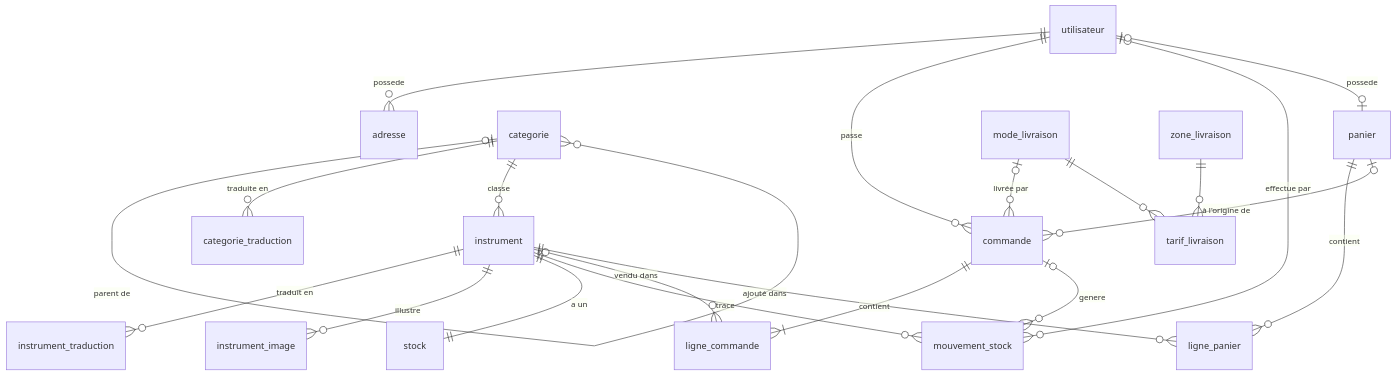
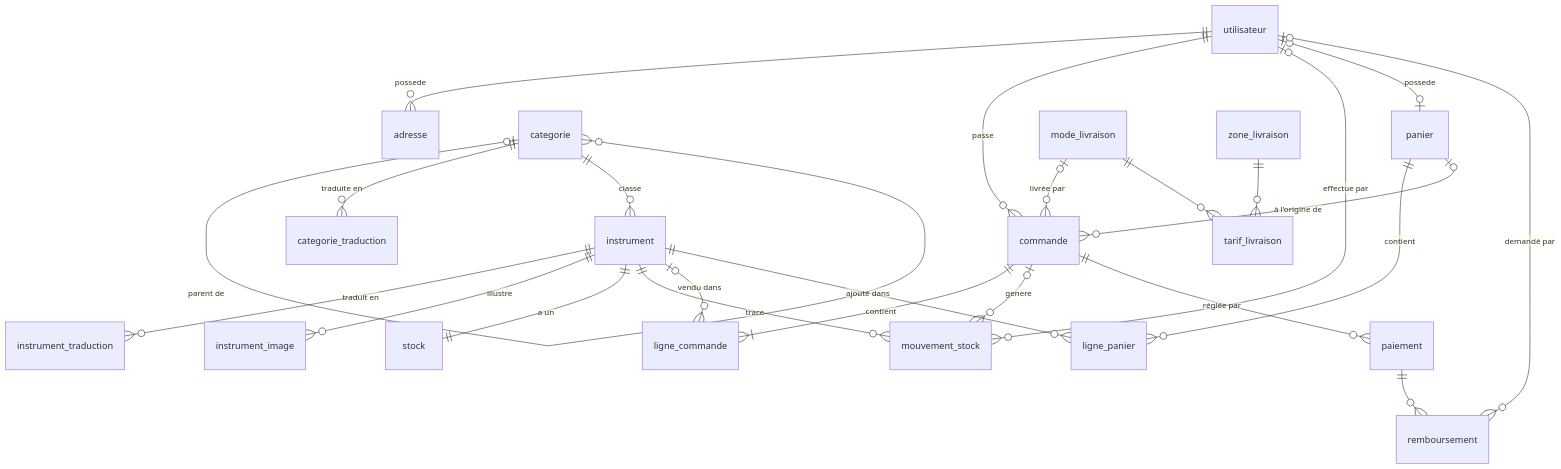
One commit to mikhawa/instruments changed the first of 2 diagrams in docs/architecture/database-schema.md. Above: the diagram before and after it, drawn with Mermaid. The commit also changed other lines of this file and 82 other files, not shown here.

````diff
--- a/docs/architecture/database-schema.md
+++ b/docs/architecture/database-schema.md
@@ -24,23 +24,26 @@
 ```mermaid
 erDiagram
     utilisateur ||--o{ adresse : possede
     utilisateur ||--o{ commande : passe
     categorie |o--o{ categorie : "parent de"
     categorie ||--o{ categorie_traduction : "traduite en"
     categorie ||--o{ instrument : classe
     instrument ||--o{ instrument_traduction : "traduit en"
     instrument ||--o{ instrument_image : illustre
     instrument ||--|| stock : "a un"
     instrument ||--o{ mouvement_stock : trace
     commande ||--|{ ligne_commande : contient
     instrument |o--o{ ligne_commande : "vendu dans"
     commande |o--o{ mouvement_stock : genere
     utilisateur |o--o{ mouvement_stock : "effectue par"
     utilisateur |o--o| panier : possede
     panier ||--o{ ligne_panier : contient
     instrument ||--o{ ligne_panier : "ajouté dans"
     panier |o--o{ commande : "à l'origine de"
     mode_livraison |o--o{ commande : "livrée par"
     zone_livraison ||--o{ tarif_livraison : ""
     mode_livraison ||--o{ tarif_livraison : ""
+    commande ||--o{ paiement : "réglée par"
+    paiement ||--o{ remboursement : ""
+    utilisateur |o--o{ remboursement : "demandé par"
 ```
````
